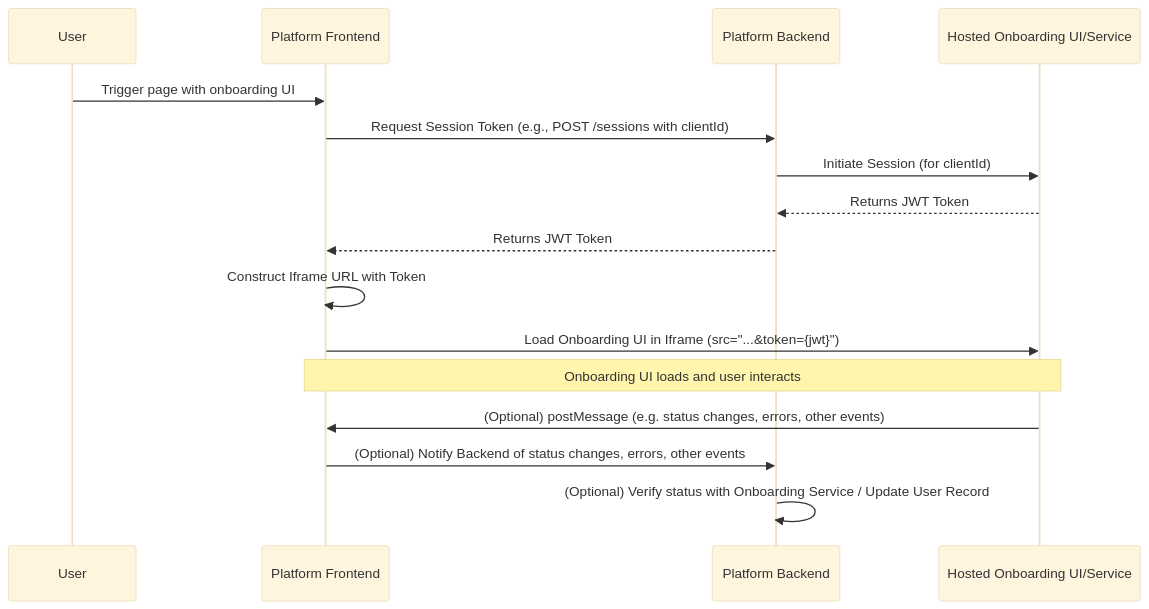
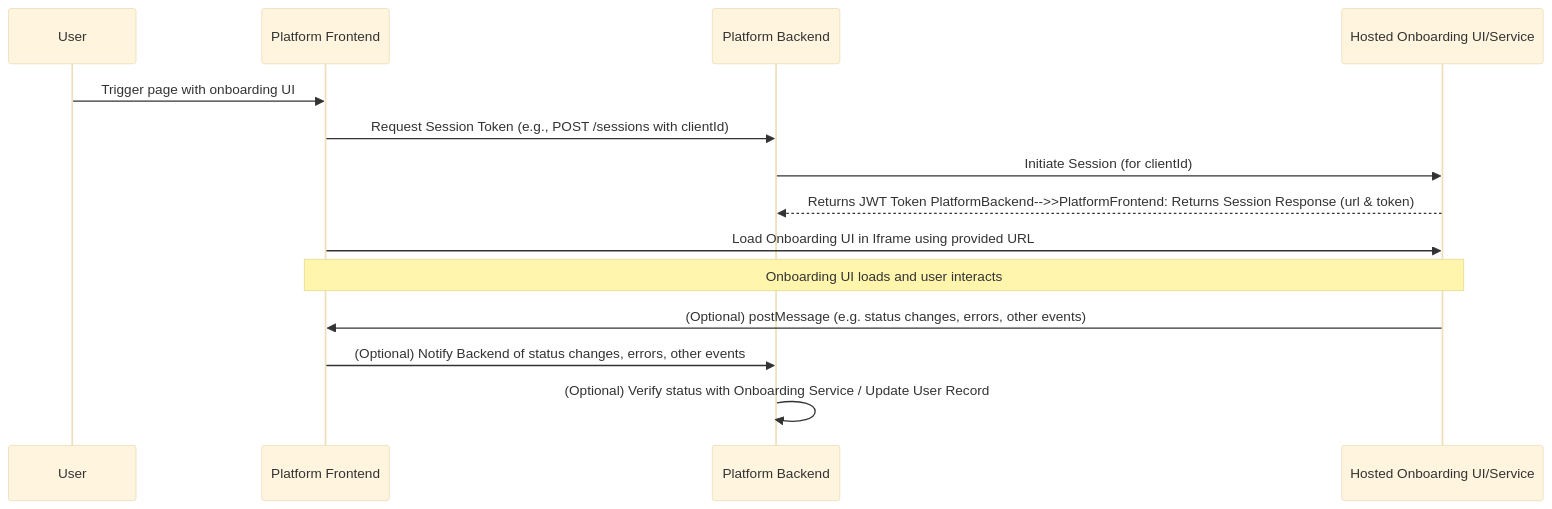
The diagram in app/client/src/docs/PARTIALLY_HOSTED_ONBOARDING_INTEGRATION_GUIDE.md (jpmorgan-payments/embedded-finance), drawn with Mermaid (base theme) before and after one commit. The commit also changed other lines of this file, not shown here.

Commit message:
refine onboarding integration guide to clarify iframe URL usage and session token handling

````diff
--- a/app/client/src/docs/PARTIALLY_HOSTED_ONBOARDING_INTEGRATION_GUIDE.md
+++ b/app/client/src/docs/PARTIALLY_HOSTED_ONBOARDING_INTEGRATION_GUIDE.md
@@ -62,19 +61,17 @@
 ```mermaid
 sequenceDiagram
     participant User
     participant PlatformFrontend as Platform Frontend
     participant PlatformBackend as Platform Backend
     participant OnboardingService as Hosted Onboarding UI/Service
 
     User->>PlatformFrontend: Trigger page with onboarding UI
     PlatformFrontend->>PlatformBackend: Request Session Token (e.g., POST /sessions with clientId)
     PlatformBackend->>OnboardingService: Initiate Session (for clientId)
-    OnboardingService-->>PlatformBackend: Returns JWT Token
-    PlatformBackend-->>PlatformFrontend: Returns JWT Token
-    PlatformFrontend->>PlatformFrontend: Construct Iframe URL with Token
-    PlatformFrontend->>OnboardingService: Load Onboarding UI in Iframe (src="...&token={jwt}")
+    OnboardingService-->>PlatformBackend: Returns JWT Token    PlatformBackend-->>PlatformFrontend: Returns Session Response (url & token)
+    PlatformFrontend->>OnboardingService: Load Onboarding UI in Iframe using provided URL
     Note over OnboardingService, PlatformFrontend: Onboarding UI loads and user interacts
     OnboardingService->>PlatformFrontend: (Optional) postMessage (e.g. status changes, errors, other events)
     PlatformFrontend->>PlatformBackend: (Optional) Notify Backend of status changes, errors, other events
     PlatformBackend->>PlatformBackend: (Optional) Verify status with Onboarding Service / Update User Record
 ```
````
